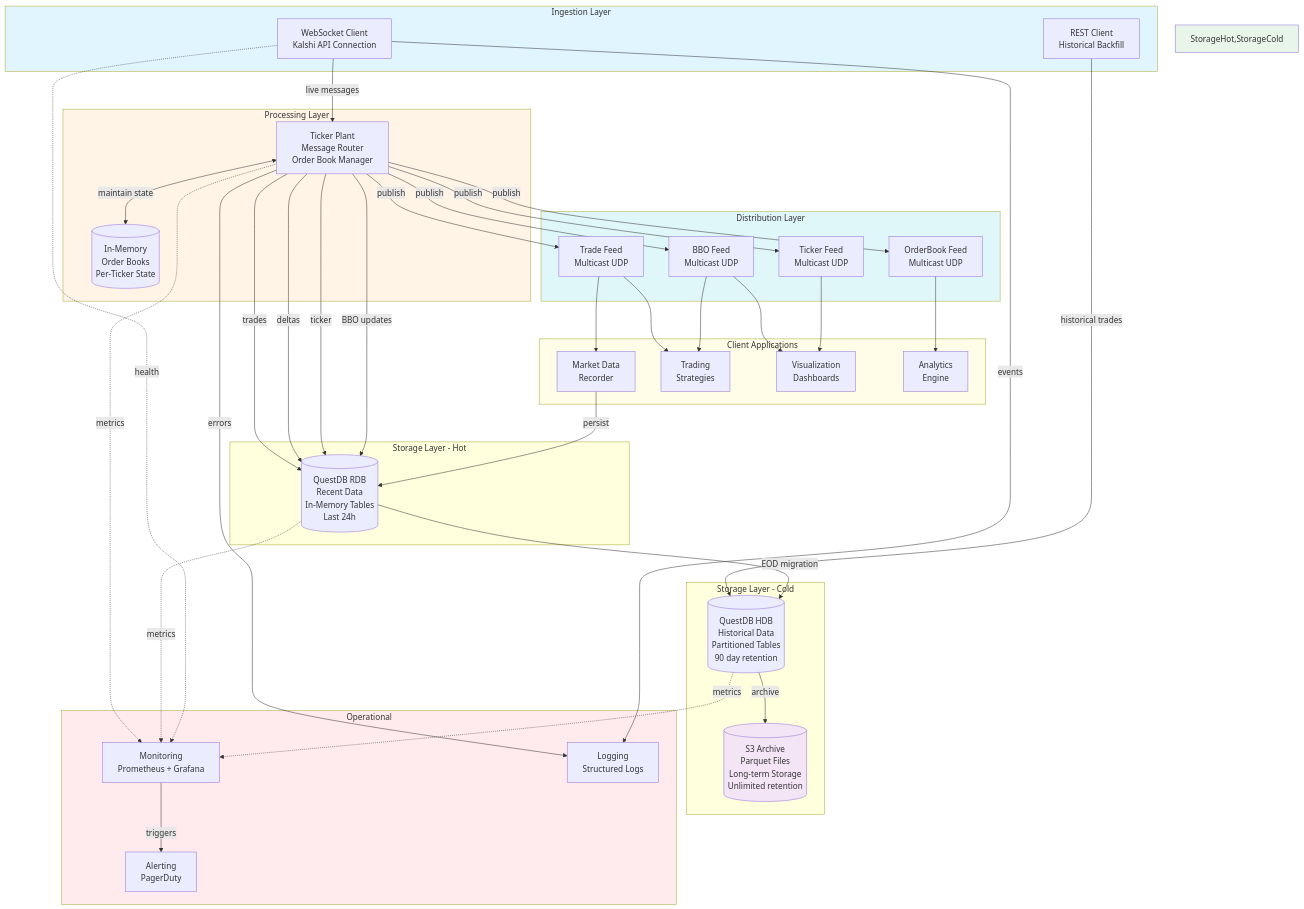
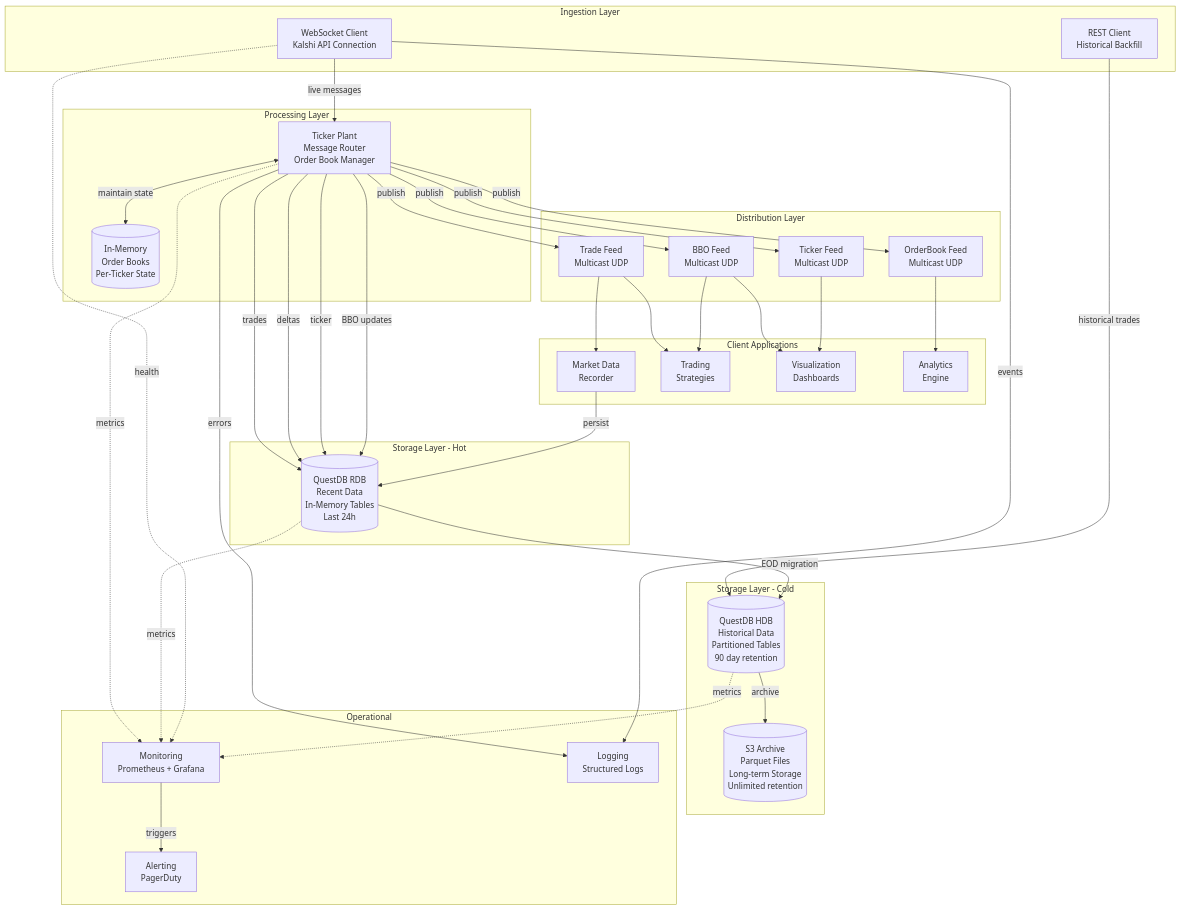
One commit to Kalshit/data-hub changed the sixth of 6 diagrams in README.md. Above: the diagram before and after it, drawn with Mermaid. The commit also changed other lines of this file, not shown here.

Commit message:
removing mermaid styling from readme

````diff
--- a/README.md
+++ b/README.md
@@ -709,11 +686,4 @@
     TP -->|errors| LOG
     WS -->|events| LOG
     
-    style Ingestion fill:#e1f5ff
-    style Processing fill:#fff4e6
-    style StorageHot,StorageCold fill:#e8f5e9
-    style S3 fill:#f3e5f5
-    style Distribution fill:#e0f7fa
-    style Clients fill:#fffde7
-    style Ops fill:#ffebee
 ```
````
